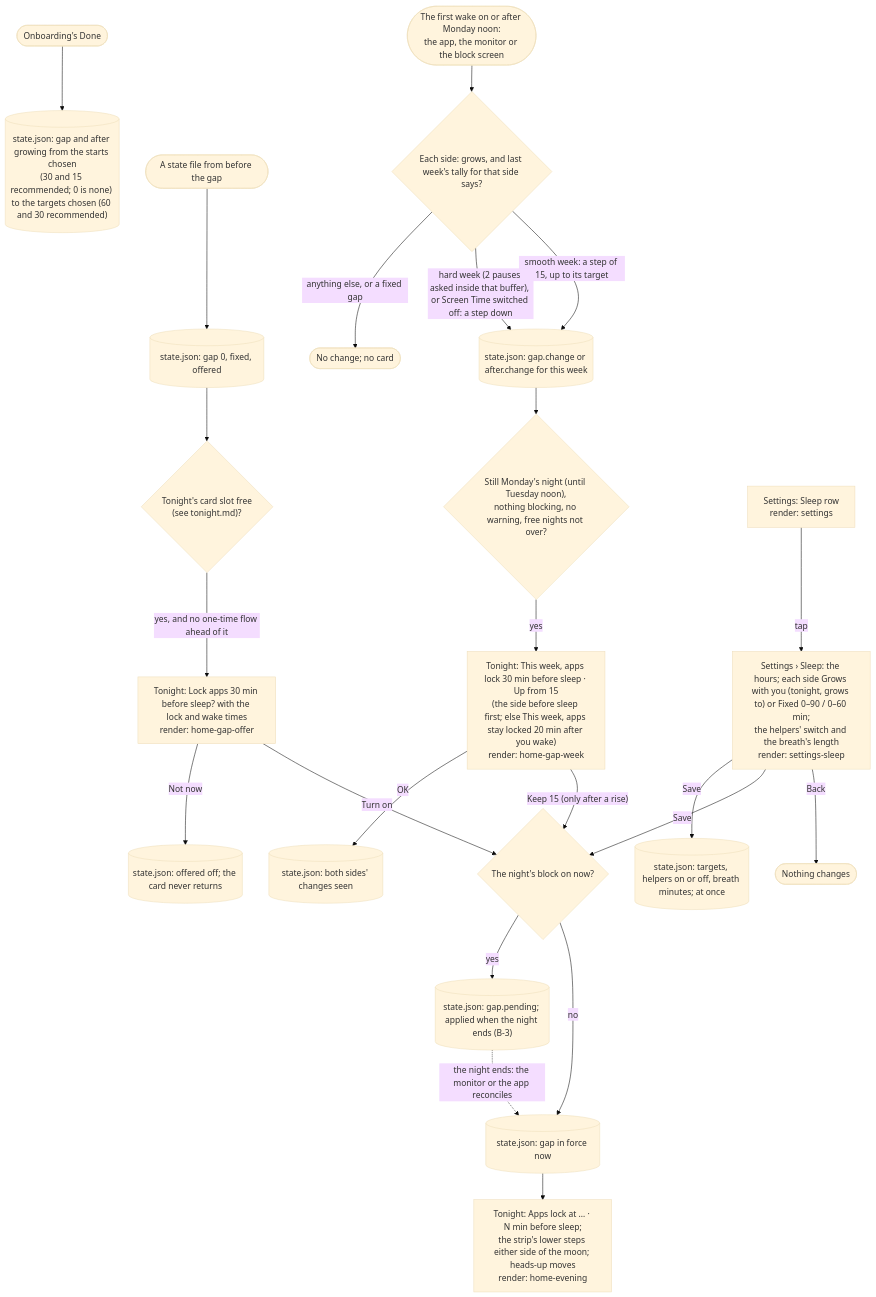
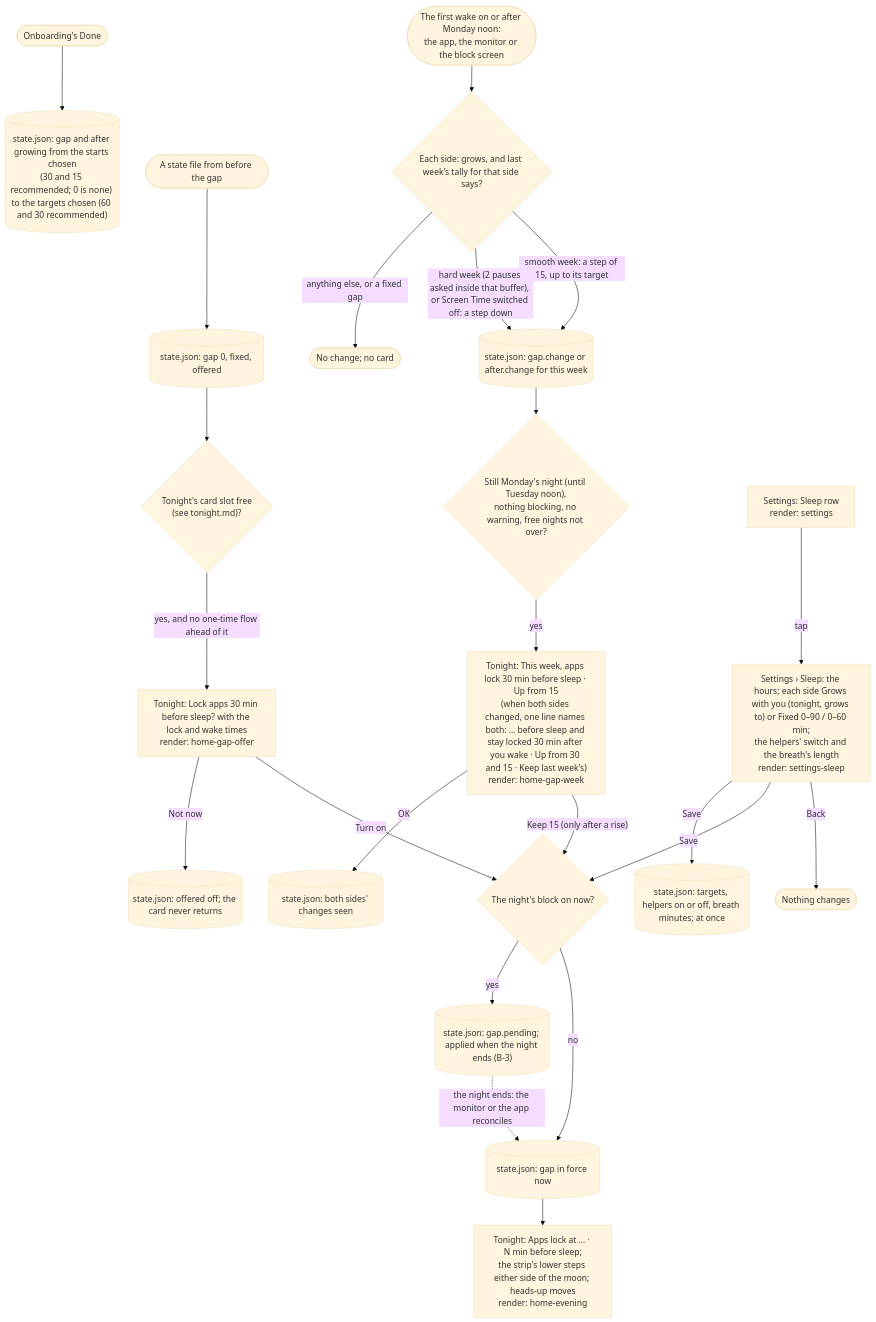
One commit to adit-rah/toll changed the first of 2 diagrams in docs/flows/before-bed.md. Above: the diagram before and after it, drawn with Mermaid (base theme). The commit also changed 8 other files, not shown here.

First line of the commit message:
One flow a day, offered all day; Monday's card names both sides (#140, #144)

````diff
--- a/docs/flows/before-bed.md
+++ b/docs/flows/before-bed.md
@@ -11,30 +11,30 @@
 ```mermaid
 flowchart TD
   newInstall(["Onboarding's Done"]) --> grows15[("state.json: gap and after growing from the starts chosen<br/>(30 and 15 recommended; 0 is none) to the targets chosen (60 and 30 recommended)")]
   olderInstall(["A state file from before the gap"]) --> existing[("state.json: gap 0, fixed, offered")]
   existing --> offerCheck{"Tonight's card slot free<br/>(see tonight.md)?"}
   offerCheck -->|"yes, and no one-time flow ahead of it"| offerCard["Tonight: Lock apps 30 min before sleep? with the lock and wake times<br/>render: home-gap-offer"]
   offerCard -->|"Turn on"| setGap
   offerCard -->|"Not now"| offerGone[("state.json: offered off; the card never returns")]
 
   monday(["The first wake on or after Monday noon:<br/>the app, the monitor or the block screen"]) --> judge{"Each side: grows, and last week's tally for that side says?"}
   judge -->|"smooth week: a step of 15, up to its target"| changed[("state.json: gap.change or after.change for this week")]
   judge -->|"hard week (2 pauses asked inside that buffer), or Screen Time switched off: a step down"| changed
   judge -->|"anything else, or a fixed gap"| hold(["No change; no card"])
   changed --> weekCard{"Still Monday's night (until Tuesday noon),<br/>nothing blocking, no warning, free nights not over?"}
-  weekCard -->|"yes"| gapWeek["Tonight: This week, apps lock 30 min before sleep · Up from 15<br/>(the side before sleep first; else This week, apps stay locked 20 min after you wake)<br/>render: home-gap-week"]
+  weekCard -->|"yes"| gapWeek["Tonight: This week, apps lock 30 min before sleep · Up from 15<br/>(when both sides changed, one line names both: … before sleep and stay locked 30 min after you wake · Up from 30 and 15 · Keep last week's)<br/>render: home-gap-week"]
   gapWeek -->|"Keep 15 (only after a rise)"| setGap
   gapWeek -->|"OK"| seen[("state.json: both sides' changes seen")]
 
   settings["Settings: Sleep row<br/>render: settings"]
   settings -->|"tap"| sheet["Settings › Sleep: the hours; each side Grows with you (tonight, grows to) or Fixed 0–90 / 0–60 min;<br/>the helpers' switch and the breath's length<br/>render: settings-sleep"]
   sheet -->|"Back"| unchanged(["Nothing changes"])
   sheet -->|"Save"| setGap
   sheet -->|"Save"| helpersNow[("state.json: targets, helpers on or off, breath minutes; at once")]
 
   setGap{"The night's block on now?"}
   setGap -->|"no"| applyNow[("state.json: gap in force now")]
   setGap -->|"yes"| held[("state.json: gap.pending; applied when the night ends (B-3)")]
   applyNow --> lockMoves["Tonight: Apps lock at … · N min before sleep;<br/>the strip's lower steps either side of the moon; heads-up moves<br/>render: home-evening"]
   held -.->|"the night ends: the monitor or the app reconciles"| applyNow
 ```
````
